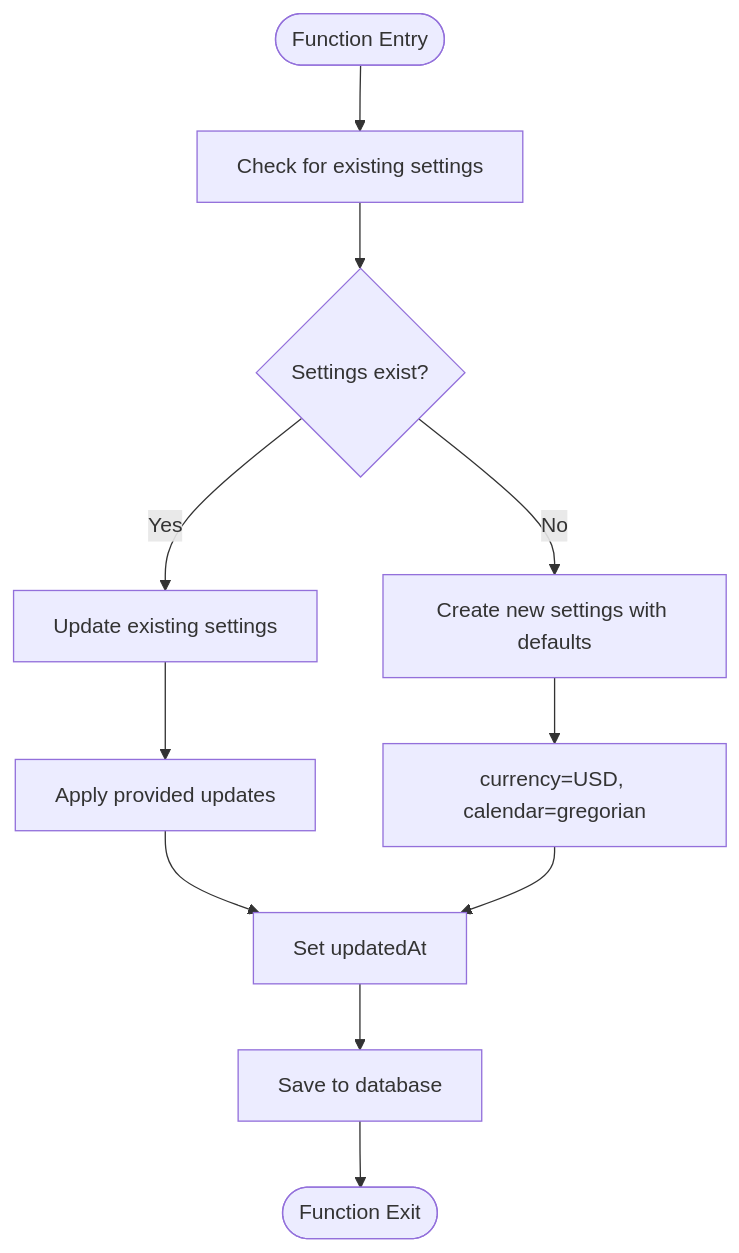
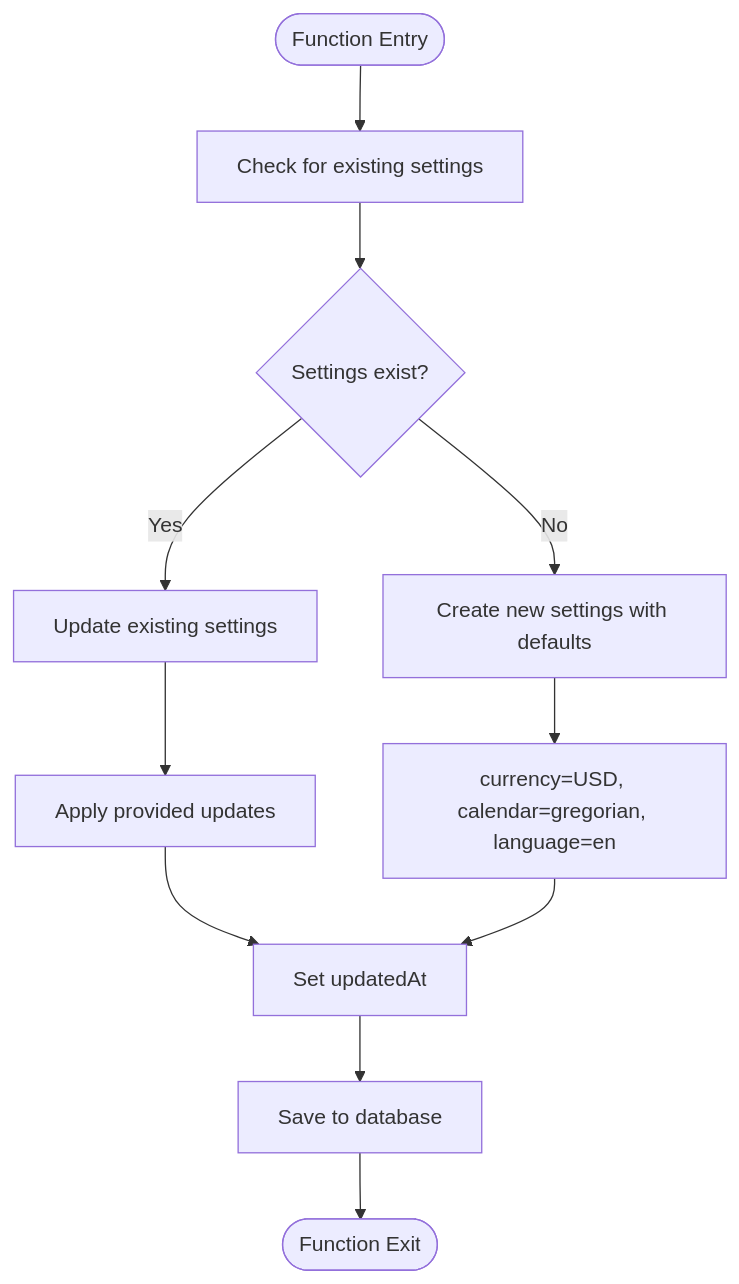
The second of 6 diagrams in .qoder/repowiki/en/content/API Reference/User Settings API.md (amiirbazzii/Expense-Tracker---Warp), drawn with Mermaid before and after one commit. The commit also changed other lines of this file and 16 other files, not shown here.

````diff
--- a/.qoder/repowiki/en/content/API Reference/User Settings API.md
+++ b/.qoder/repowiki/en/content/API Reference/User Settings API.md
@@ -111,13 +129,13 @@
 ```mermaid
 flowchart TD
 Start([Function Entry]) --> CheckExisting["Check for existing settings"]
 CheckExisting --> SettingsExist{"Settings exist?"}
 SettingsExist --> |Yes| UpdateExisting["Update existing settings"]
 SettingsExist --> |No| CreateNew["Create new settings with defaults"]
-CreateNew --> SetDefaults["currency=USD, calendar=gregorian"]
+CreateNew --> SetDefaults["currency=USD, calendar=gregorian, language=en"]
 UpdateExisting --> ApplyUpdates["Apply provided updates"]
 ApplyUpdates --> UpdateTimestamp["Set updatedAt"]
 SetDefaults --> UpdateTimestamp
 UpdateTimestamp --> Save["Save to database"]
 Save --> End([Function Exit])
 ```
````
